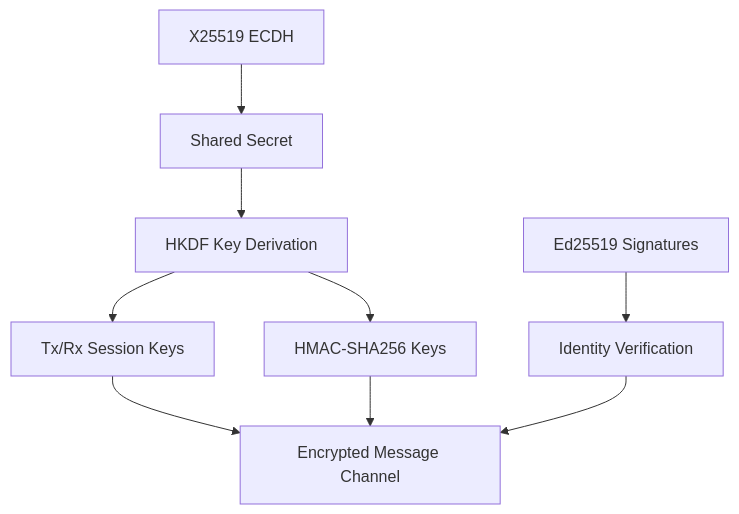
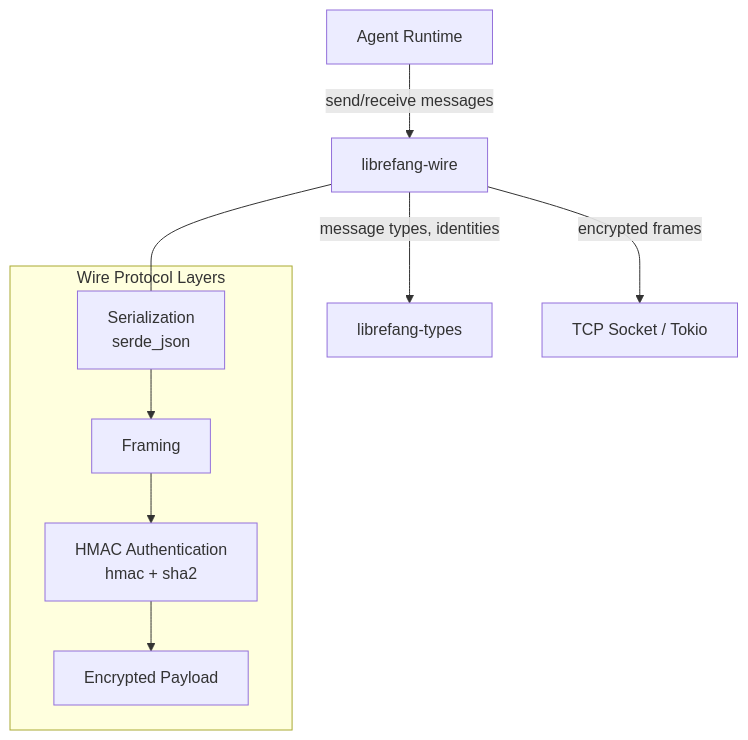
The diagram in other-librefang-wire.md (leszek3737/librefang-WIki), drawn with Mermaid before and after one commit. The commit also changed other lines of this file and 128 other files, not shown here.

````diff
--- a/other-librefang-wire.md
+++ b/other-librefang-wire.md
@@ -15,11 +28,14 @@
 ```mermaid
-flowchart TD
-    A[X25519 ECDH] --> B[Shared Secret]
-    B --> C[HKDF Key Derivation]
-    C --> D[Tx/Rx Session Keys]
-    C --> E[HMAC-SHA256 Keys]
-    F[Ed25519 Signatures] --> G[Identity Verification]
-    D --> H[Encrypted Message Channel]
-    E --> H
-    G --> H
+graph TD
+    A[Agent Runtime] -->|send/receive messages| B[librefang-wire]
+    B -->|message types, identities| C[librefang-types]
+    B -->|encrypted frames| D[TCP Socket / Tokio]
+    
+    subgraph "Wire Protocol Layers"
+        E[Serialization<br/>serde_json] --> F[Framing]
+        F --> G[HMAC Authentication<br/>hmac + sha2]
+        G --> H[Encrypted Payload]
+    end
+    
+    B --- E
 ```
````
